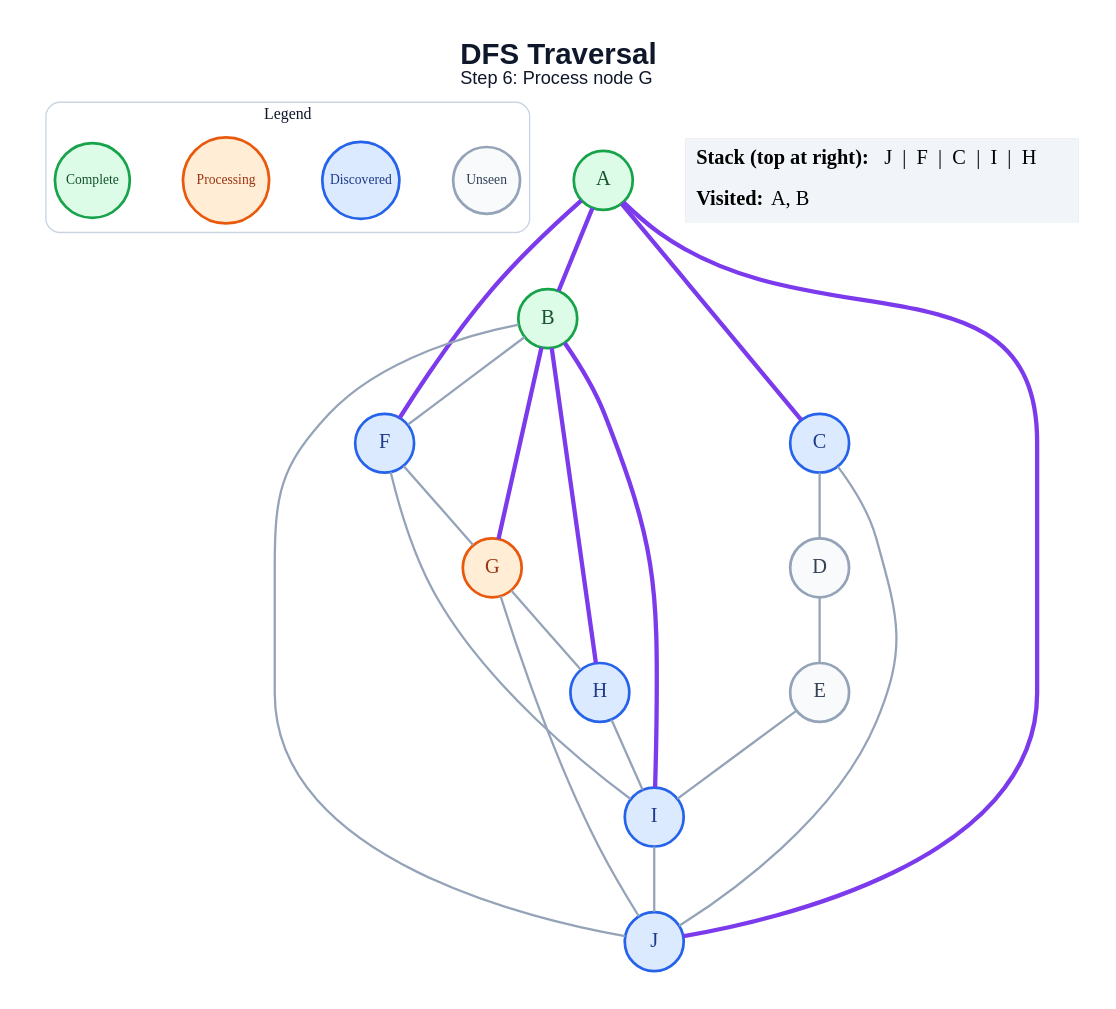
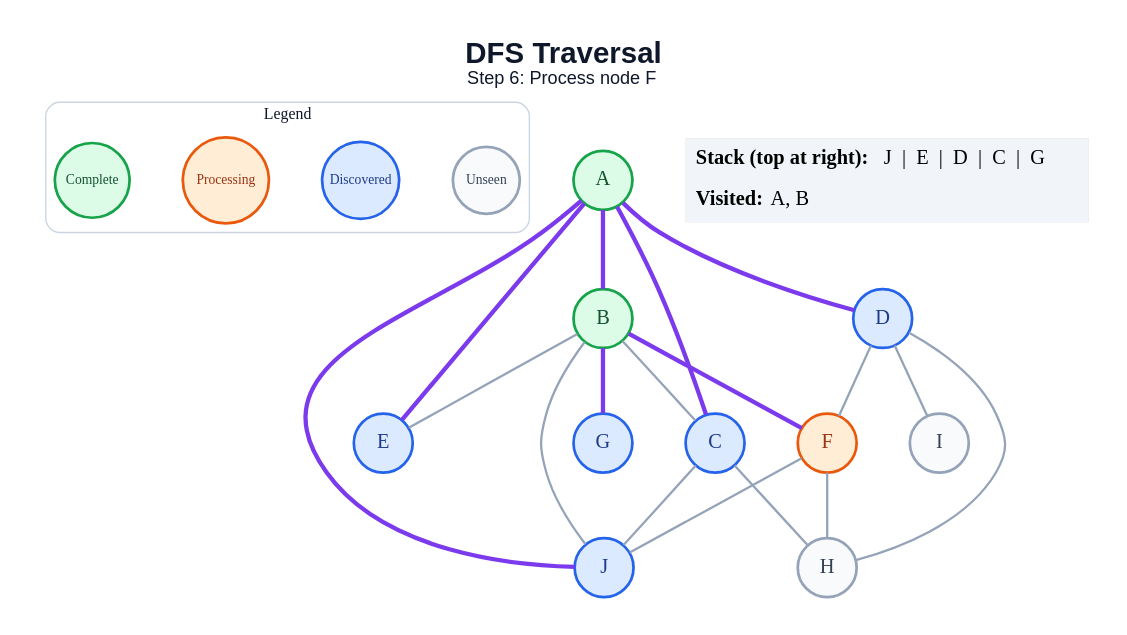
One commit to amanghodawala9/ai-slop changed the diagram in generated/dfs/step_06.dot. Above: the diagram before and after it, drawn with Graphviz. The commit also changed 178 other files, not shown here.

```diff
--- a/generated/dfs/step_06.dot
+++ b/generated/dfs/step_06.dot
@@ -1,48 +1,46 @@
 graph traversal {
   graph [layout=dot, rankdir=TB, bgcolor="#FFFFFF", pad="0.35", nodesep="0.65", ranksep="0.8", fontname="Arial"];
   node [shape=circle, style="filled", fontname="Arial Bold", fontsize=18, width=0.72, fixedsize=true, penwidth=2.4];
   edge [color="#94A3B8", penwidth=2.0];
-  label=<<B>DFS Traversal</B><BR/><FONT POINT-SIZE="16">Step 6: Process node G</FONT>>; labelloc="t"; fontsize=26; fontname="Arial"; fontcolor="#0F172A";
+  label=<<B>DFS Traversal</B><BR/><FONT POINT-SIZE="16">Step 6: Process node F</FONT>>; labelloc="t"; fontsize=26; fontname="Arial"; fontcolor="#0F172A";
   subgraph cluster_legend { label="Legend"; color="#CBD5E1"; penwidth=1.2; style="rounded"; fontsize=14; fontname="Arial Bold";
     key_unseen [label="Unseen", fillcolor="#F8FAFC", color="#94A3B8", fontcolor="#334155", fontsize=12, width=0.82];
     key_frontier [label="Discovered", fillcolor="#DBEAFE", color="#2563EB", fontcolor="#1E3A8A", fontsize=12, width=0.95];
     key_current [label="Processing", fillcolor="#FFEDD5", color="#EA580C", fontcolor="#9A3412", fontsize=12, width=1.05];
     key_done [label="Complete", fillcolor="#DCFCE7", color="#16A34A", fontcolor="#14532D", fontsize=12, width=0.92];
     { rank=same; key_unseen; key_frontier; key_current; key_done; }
   }
   A [fillcolor="#DCFCE7", color="#16A34A", fontcolor="#14532D"];
   B [fillcolor="#DCFCE7", color="#16A34A", fontcolor="#14532D"];
   C [fillcolor="#DBEAFE", color="#2563EB", fontcolor="#1E3A8A"];
-  D [fillcolor="#F8FAFC", color="#94A3B8", fontcolor="#334155"];
-  E [fillcolor="#F8FAFC", color="#94A3B8", fontcolor="#334155"];
-  F [fillcolor="#DBEAFE", color="#2563EB", fontcolor="#1E3A8A"];
-  G [fillcolor="#FFEDD5", color="#EA580C", fontcolor="#9A3412"];
-  H [fillcolor="#DBEAFE", color="#2563EB", fontcolor="#1E3A8A"];
-  I [fillcolor="#DBEAFE", color="#2563EB", fontcolor="#1E3A8A"];
+  D [fillcolor="#DBEAFE", color="#2563EB", fontcolor="#1E3A8A"];
+  E [fillcolor="#DBEAFE", color="#2563EB", fontcolor="#1E3A8A"];
+  F [fillcolor="#FFEDD5", color="#EA580C", fontcolor="#9A3412"];
+  G [fillcolor="#DBEAFE", color="#2563EB", fontcolor="#1E3A8A"];
+  H [fillcolor="#F8FAFC", color="#94A3B8", fontcolor="#334155"];
+  I [fillcolor="#F8FAFC", color="#94A3B8", fontcolor="#334155"];
   J [fillcolor="#DBEAFE", color="#2563EB", fontcolor="#1E3A8A"];
   A -- B [color="#7C3AED", penwidth=3.8];
   A -- C [color="#7C3AED", penwidth=3.8];
-  A -- F [color="#7C3AED", penwidth=3.8];
+  A -- D [color="#7C3AED", penwidth=3.8];
+  A -- E [color="#7C3AED", penwidth=3.8];
   A -- J [color="#7C3AED", penwidth=3.8];
-  B -- F;
+  B -- C;
+  B -- E;
+  B -- F [color="#7C3AED", penwidth=3.8];
   B -- G [color="#7C3AED", penwidth=3.8];
-  B -- H [color="#7C3AED", penwidth=3.8];
-  B -- I [color="#7C3AED", penwidth=3.8];
   B -- J;
-  C -- D;
+  C -- H;
   C -- J;
-  D -- E;
-  E -- I;
-  F -- G;
-  F -- I;
-  G -- H;
-  G -- J;
-  H -- I;
-  I -- J;
+  D -- F;
+  D -- H;
+  D -- I;
+  F -- H;
+  F -- J;
   status [shape=plain, fixedsize=false, width=0, height=0, margin=0, label=<
     <TABLE BORDER="0" CELLBORDER="0" CELLPADDING="7" BGCOLOR="#F1F5F9">
-      <TR><TD ALIGN="LEFT"><B>Stack (top at right):</B> J  |  F  |  C  |  I  |  H</TD></TR>
+      <TR><TD ALIGN="LEFT"><B>Stack (top at right):</B> J  |  E  |  D  |  C  |  G</TD></TR>
       <TR><TD ALIGN="LEFT"><B>Visited:</B> A, B</TD></TR>
     </TABLE>
   >];
 }
```
